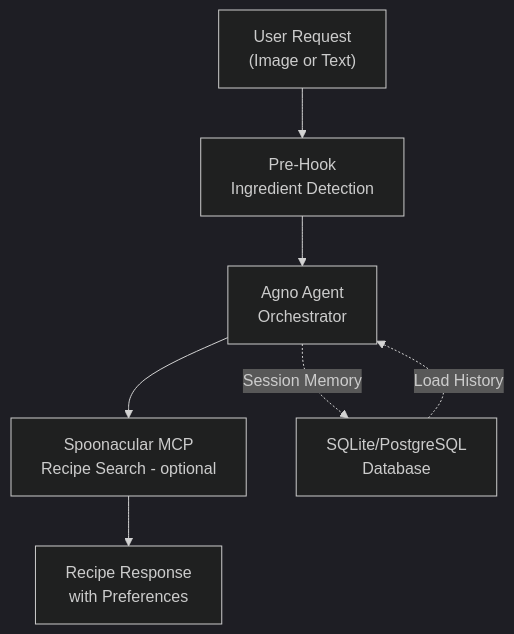
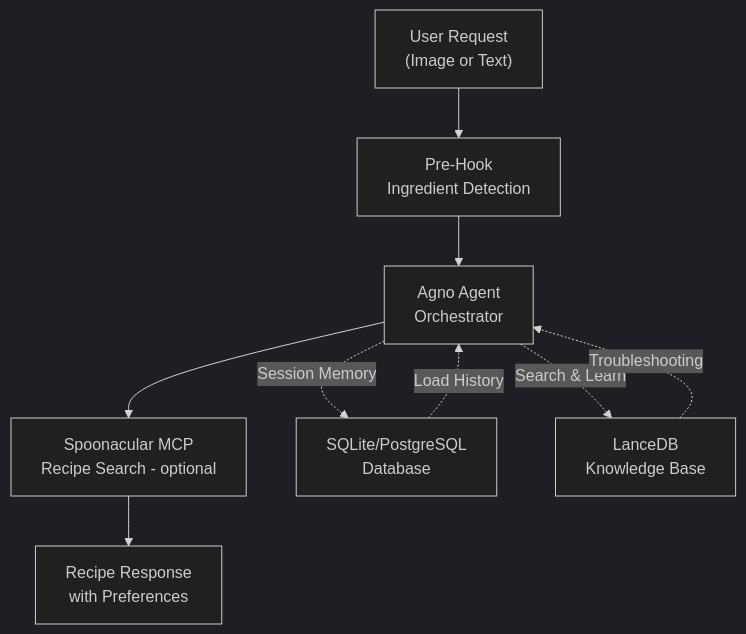
One commit to javiramos1/recipe-agent changed the diagram in README.md. Above: the diagram before and after it, drawn with Mermaid (dark theme). The commit also changed other lines of this file, not shown here.

Commit message:
docs: Add knowledge base (LanceDB) to architecture diagram

````diff
--- a/README.md
+++ b/README.md
@@ -69,10 +69,13 @@
 ```mermaid
 graph TD
     A["User Request<br/>(Image or Text)"] --> B["Pre-Hook<br/>Ingredient Detection"]
     B --> C["Agno Agent<br/>Orchestrator"]
     C --> D["Spoonacular MCP<br/>Recipe Search - optional"]
     D --> E["Recipe Response<br/>with Preferences"]
     
     C -.->|Session Memory| F["SQLite/PostgreSQL<br/>Database"]
     F -.->|Load History| C
+    
+    C -.->|Search & Learn| G["LanceDB<br/>Knowledge Base"]
+    G -.->|Troubleshooting| C
 ```
````
